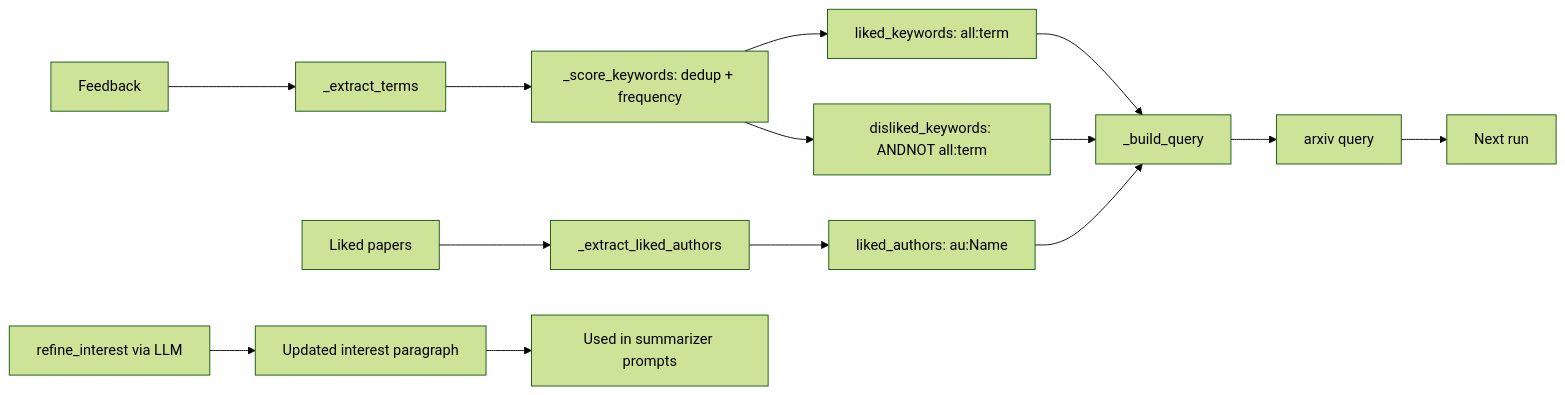
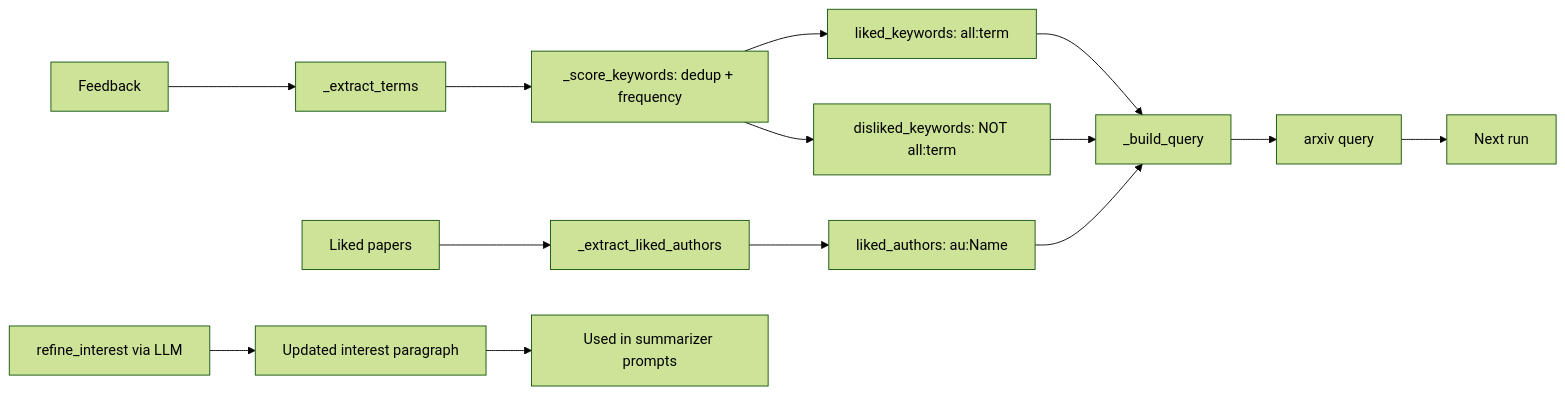
The third of 3 diagrams in CONTRIBUTING.md (mattvioli/arxgent), drawn with Mermaid (forest theme) before and after one commit. The commit also changed other lines of this file, not shown here.

````diff
--- a/CONTRIBUTING.md
+++ b/CONTRIBUTING.md
@@ -93,19 +108,19 @@
 ```mermaid
 flowchart LR
     A[Feedback] --> B[_extract_terms]
     B --> C[_score_keywords: dedup + frequency]
     C --> D[liked_keywords: all:term]
-    C --> E[disliked_keywords: ANDNOT all:term]
+    C --> E[disliked_keywords: NOT all:term]
 
     F[Liked papers] --> G[_extract_liked_authors]
     G --> H[liked_authors: au:Name]
 
     D --> I[_build_query]
     E --> I
     H --> I
     I --> J[arxiv query]
     J --> K[Next run]
 
     L[refine_interest via LLM] --> M[Updated interest paragraph]
     M --> N[Used in summarizer prompts]
 ```
````
